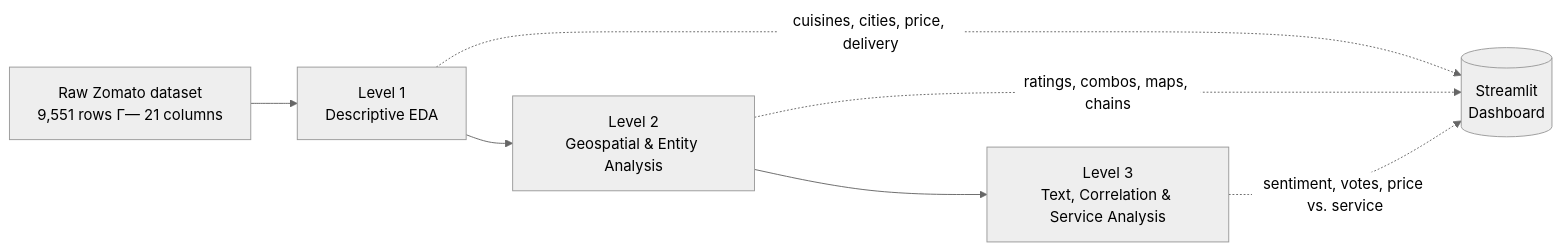
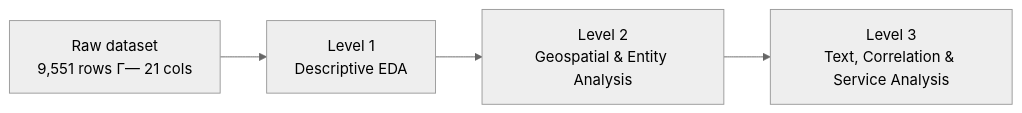
The diagram in README.md (Riddhis2226/ZomatoLens-A-Data-Driven-Exploration-of-Restaurant-Trends-in-India), drawn with Mermaid (neutral theme) before and after one commit. The commit also changed other lines of this file, not shown here.

````diff
--- a/README.md
+++ b/README.md
@@ -29,9 +31,6 @@
 ```mermaid
 flowchart LR
-    A[Raw Zomato dataset\n9,551 rows Γ— 21 columns] --> B[Level 1\nDescriptive EDA]
+    A[Raw dataset\n9,551 rows Γ— 21 cols] --> B[Level 1\nDescriptive EDA]
     B --> C[Level 2\nGeospatial & Entity Analysis]
     C --> D[Level 3\nText, Correlation & Service Analysis]
-    B -.->|cuisines, cities, price, delivery| E[(Streamlit\nDashboard)]
-    C -.->|ratings, combos, maps, chains| E
-    D -.->|sentiment, votes, price vs. service| E
 ```
````
